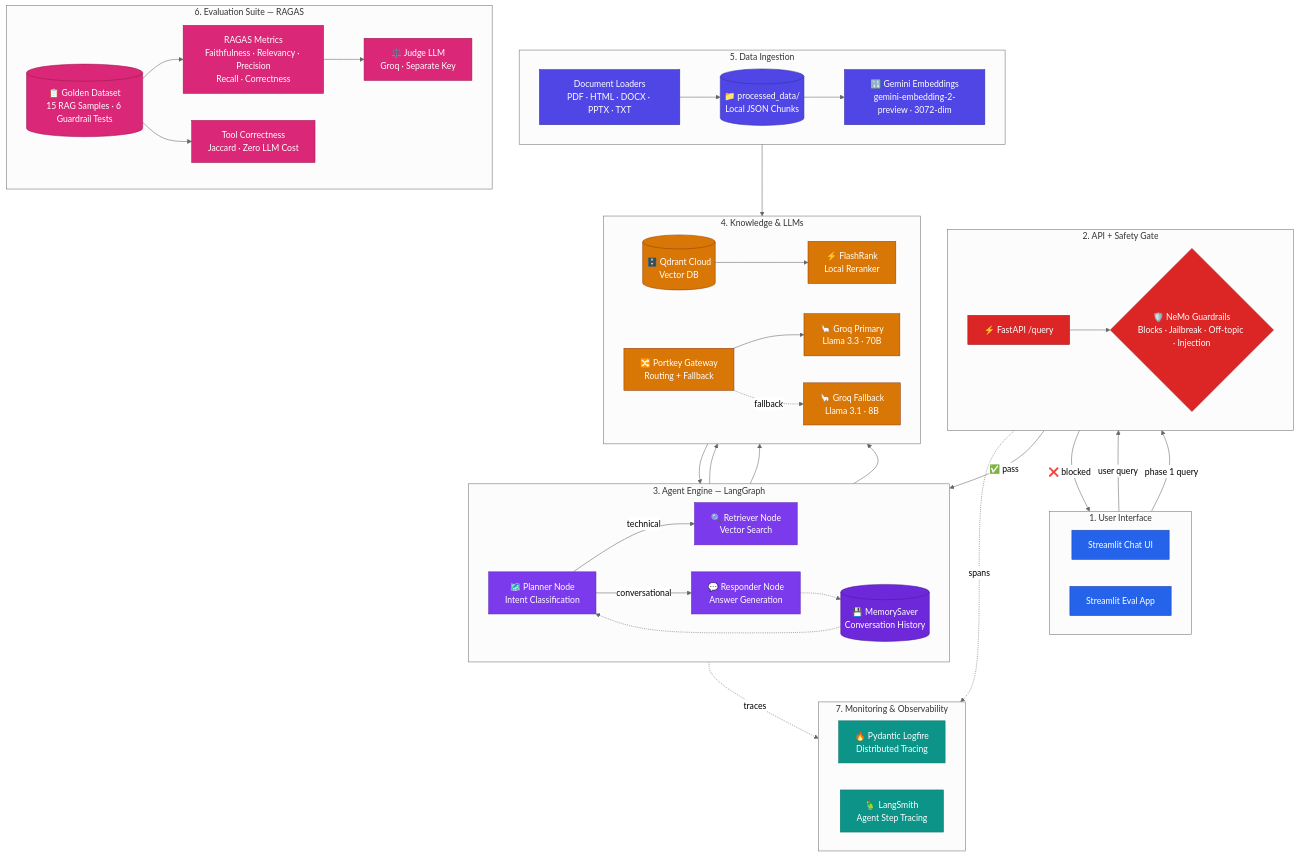
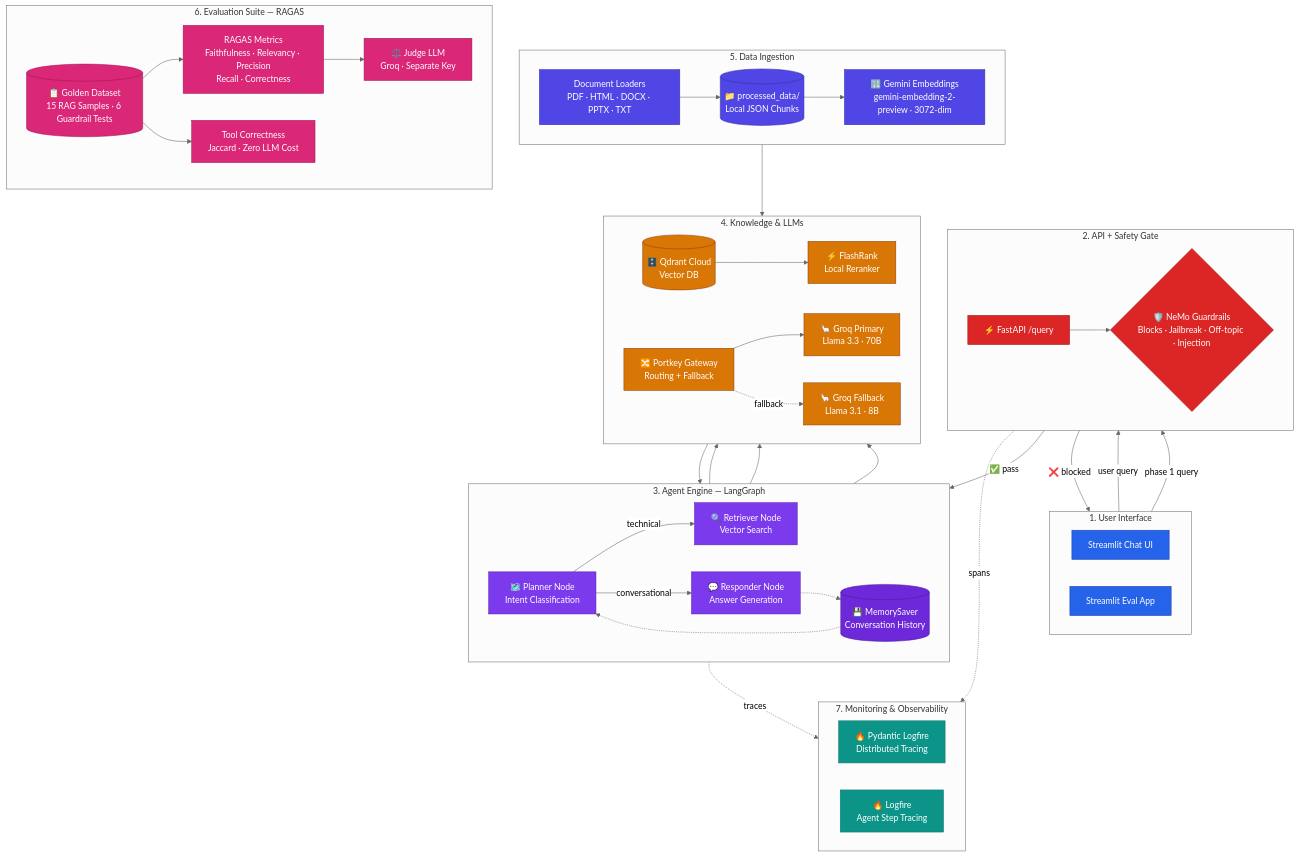
The second of 3 diagrams in ARCHITECTURE.md (krishankumar63/Agentic-RAG), drawn with Mermaid (neutral theme) before and after one commit. The commit also changed other lines of this file and 5 other files, not shown here.

```diff
--- a/ARCHITECTURE.md
+++ b/ARCHITECTURE.md
@@ -173,7 +173,7 @@
     subgraph OBS ["7. Monitoring & Observability"]
         direction LR
         LF["🔥 Pydantic Logfire\nDistributed Tracing"]
-        LS["🦜 LangSmith\nAgent Step Tracing"]
+        LS["🔥 Logfire\nAgent Step Tracing"]
     end
 
     %% ── Query Flow ───────────────────────────────────────────────────────────
```
